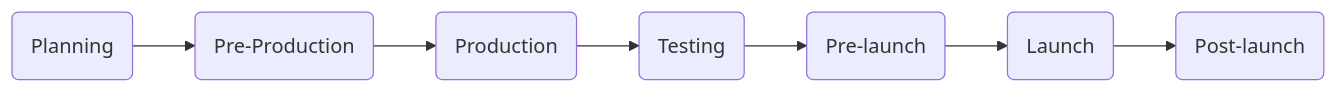
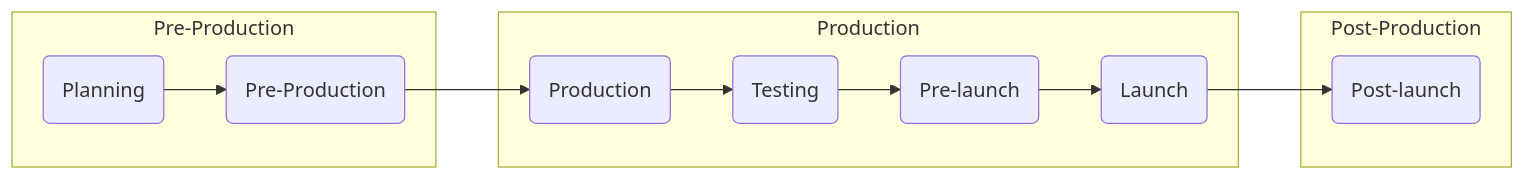
The diagram in doc/process.rst (hsinclair6140/caffeine-giant), drawn with Mermaid before and after one commit. The commit also changed other lines of this file, not shown here.

```diff
--- a/doc/process.rst
+++ b/doc/process.rst
@@ -6,16 +6,22 @@
 .. mermaid::
 
     flowchart LR
             Planning("Planning")
-            PreProduction("Pre-Production")
-            Production("Production")
+            PreProd("Pre-Production")
+            Prod("Production")
             Testing("Testing")
             PreLaunch("Pre-launch")
             Launch("Launch")
             PostLaunch("Post-launch")
-            Planning --> PreProduction
-            PreProduction --> Production
-            Production --> Testing
+            subgraph "Pre-Production"
+            Planning --> PreProd
+            end
+            PreProd --> Prod
+            subgraph "Production"
+            Prod --> Testing
             Testing --> PreLaunch
             PreLaunch --> Launch
+            end
+            subgraph "Post-Production"
             Launch --> PostLaunch
+            end
```
